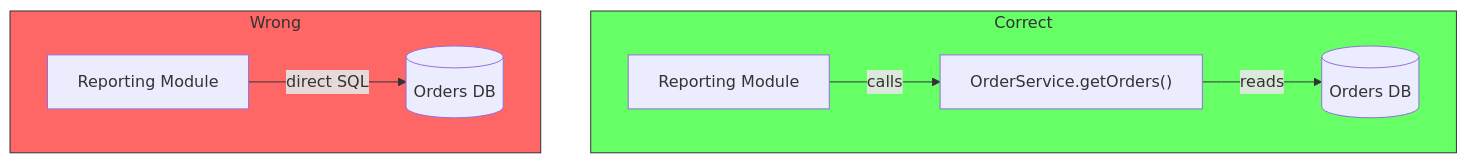
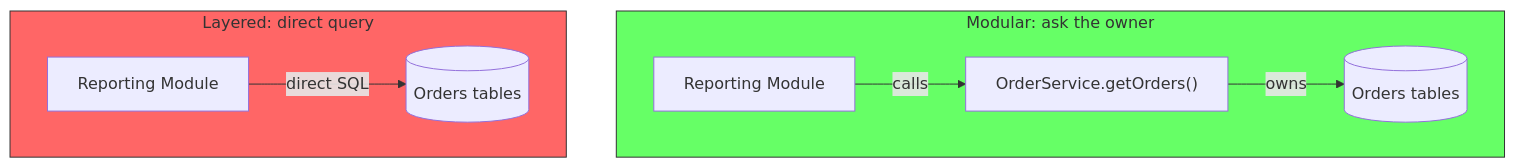
One commit to labeebahmad201/knowledge-base changed diagram 11 of 15 in docs/software-engineering/modular-monolith.md. Above: the diagram before and after it, drawn with Mermaid. The commit also changed other lines of this file, not shown here.

Commit message:
docs: emphasize data ownership as the dividing line between layered monolith, modular monolith, and microservices

````diff
--- a/docs/software-engineering/modular-monolith.md
+++ b/docs/software-engineering/modular-monolith.md
@@ -236,12 +311,12 @@
 ```mermaid
 graph TD
-    subgraph Correct["Correct"]
+    subgraph Correct["Modular: ask the owner"]
         RPT["Reporting Module"] -->|"calls"| OS["OrderService.getOrders()"]
-        OS -->|"reads"| DB[("Orders DB")]
+        OS -->|"owns"| DB[("Orders tables")]
     end
-    subgraph Wrong["Wrong"]
-        RPT2["Reporting Module"] -->|"direct SQL"| DB2[("Orders DB")]
+    subgraph Wrong["Layered: direct query"]
+        RPT2["Reporting Module"] -->|"direct SQL"| DB2[("Orders tables")]
     end
     style Correct fill:#6f6,stroke:#333
     style Wrong fill:#f66,stroke:#333
 ```
````
